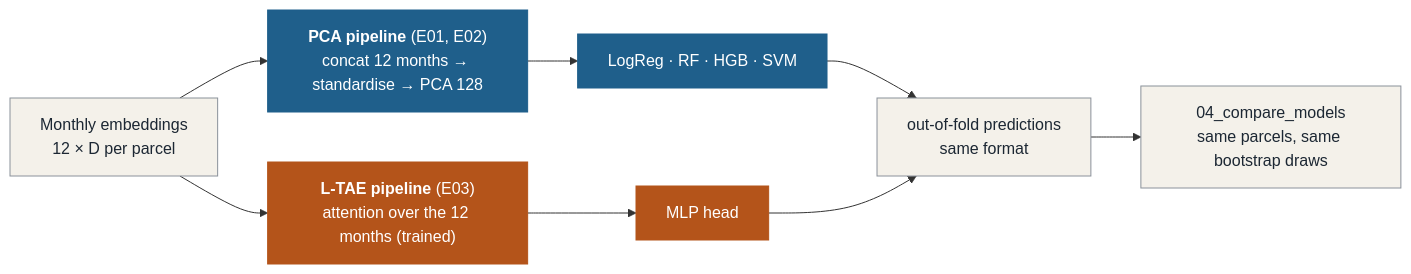
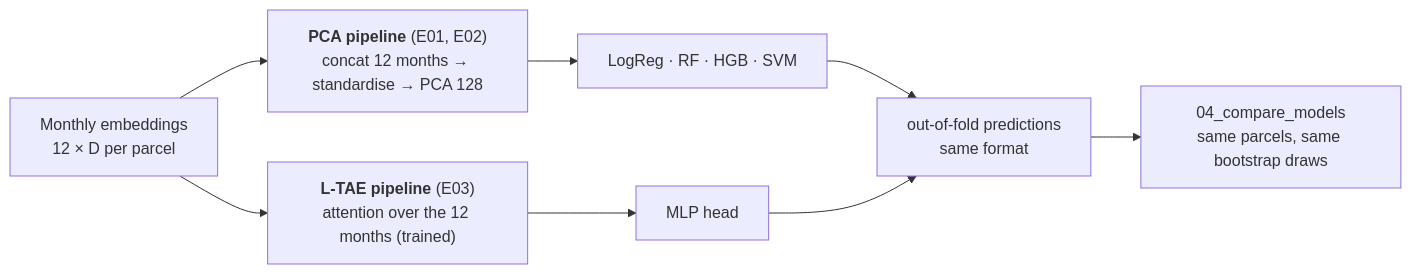
One commit to amanchry/irrimapping-geofm changed the second of 2 diagrams in docs/experiments/index.md. Above: the diagram before and after it, drawn with Mermaid. The commit also changed other lines of this file and 79 other files, not shown here.

````diff
--- a/docs/experiments/index.md
+++ b/docs/experiments/index.md
@@ -86,17 +80,10 @@
 ```mermaid
 flowchart LR
     E["Monthly embeddings<br/>12 × D per parcel"] --> P1["<b>PCA pipeline</b> (E01, E02)<br/>concat 12 months → standardise → PCA 128"]
     E --> P2["<b>L-TAE pipeline</b> (E03)<br/>attention over the 12 months (trained)"]
     P1 --> K["LogReg · RF · HGB · SVM"]
     P2 --> H["MLP head"]
     K --> O["out-of-fold predictions<br/>same format"]
     H --> O
     O --> CMP["04_compare_models<br/>same parcels, same bootstrap draws"]
-
-    classDef a fill:#1F5F8B,color:#fff,stroke:#1F5F8B
-    classDef b fill:#B4541A,color:#fff,stroke:#B4541A
-    classDef n fill:#F4F1EA,stroke:#8A919A,color:#1C2733
-    class P1,K a
-    class P2,H b
-    class E,O,CMP n
 ```
````
